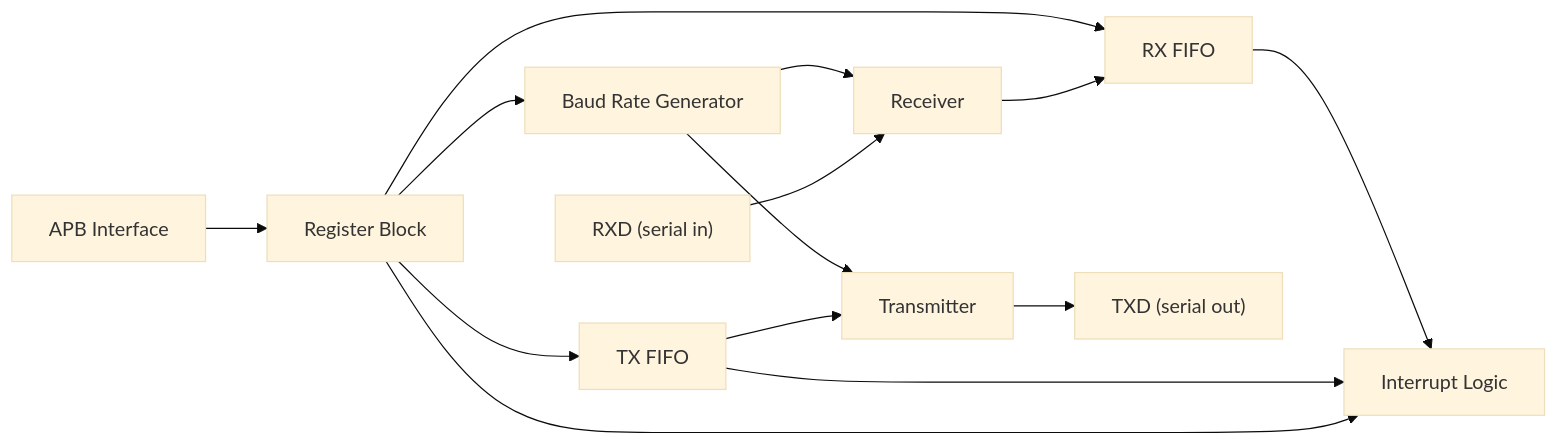
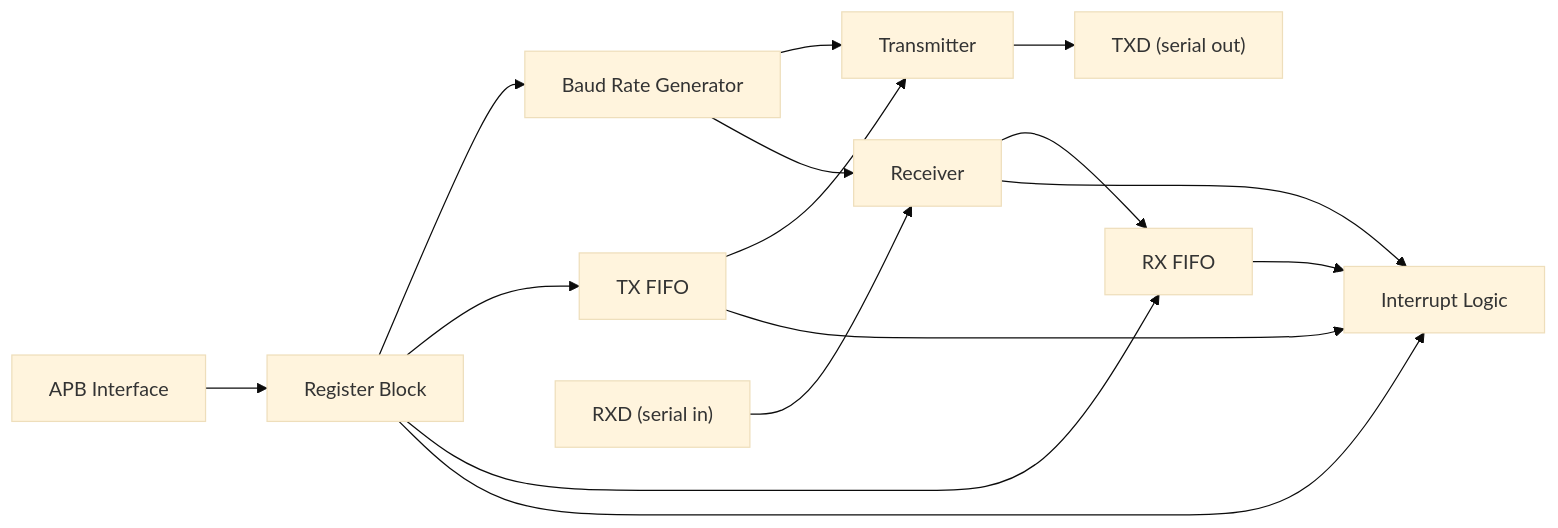
The first of 7 diagrams in uart/design_spec.md (ssql2014/demo), drawn with Mermaid (base theme) before and after one commit. The commit also changed other lines of this file and 1 other file, not shown here.

````diff
--- a/uart/design_spec.md
+++ b/uart/design_spec.md
@@ -13,16 +13,17 @@
 ```mermaid
 flowchart LR
     APB["APB Interface"] --> REG["Register Block"]
     REG --> BAUD["Baud Rate Generator"]
     REG --> FIFO_TX["TX FIFO"]
     REG --> FIFO_RX["RX FIFO"]
     BAUD --> TX["Transmitter"]
     BAUD --> RX["Receiver"]
     FIFO_TX --> TX
     TX --> TXD["TXD (serial out)"]
     RXD["RXD (serial in)"] --> RX
     RX --> FIFO_RX
-    FIFO_RX --> INT["Interrupt Logic"]
+    RX --> INT["Interrupt Logic"]
+    FIFO_RX --> INT
     FIFO_TX --> INT
     REG --> INT
 ```
````
